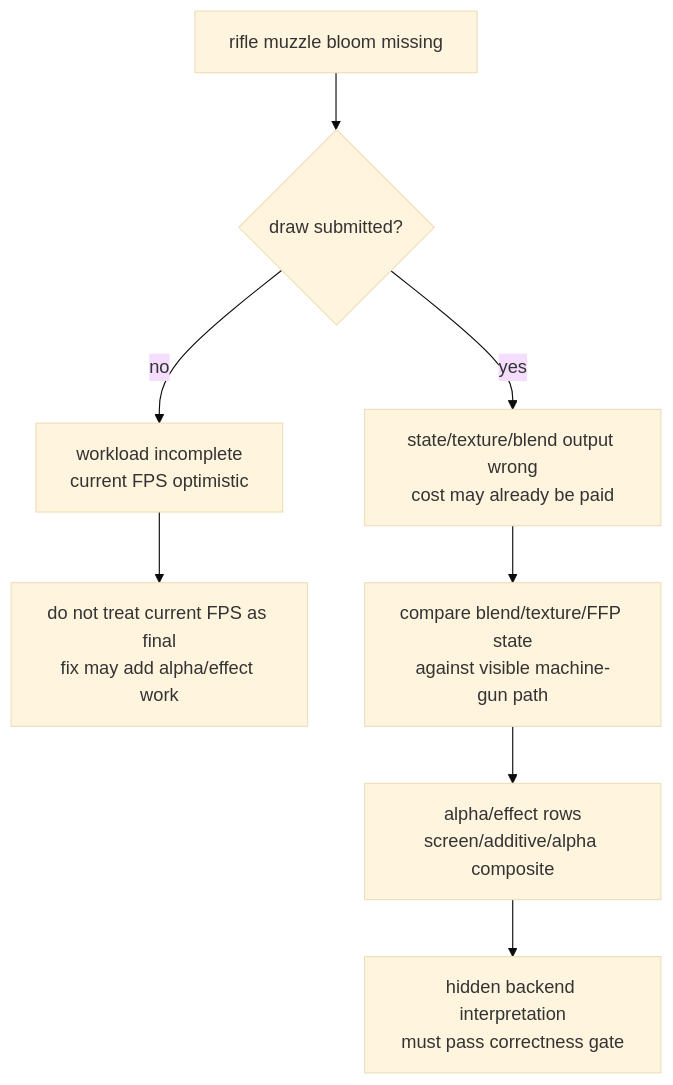
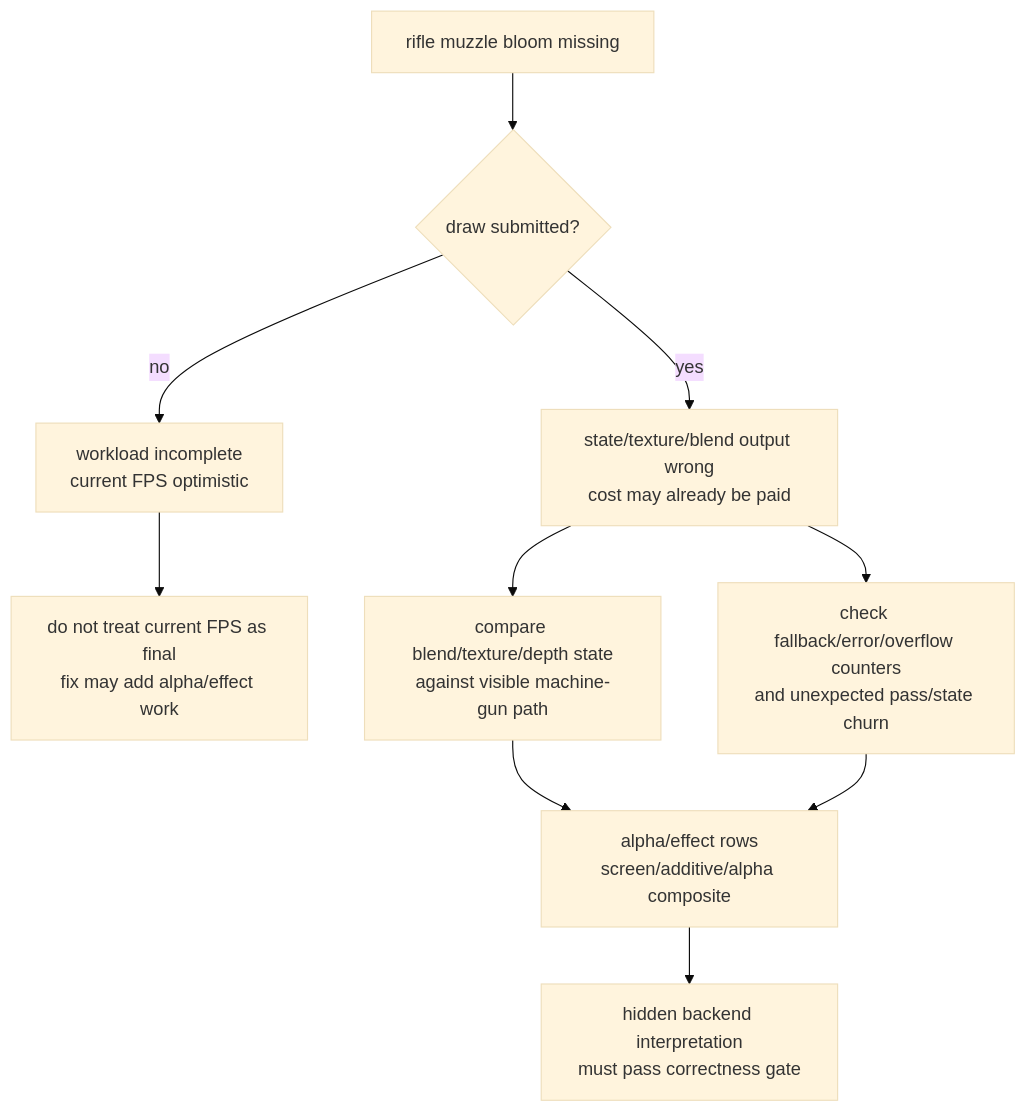
The first of 5 diagrams in docs/perfomance/backend-shape-classifiers/backend-shape-classifiers-alpha.04.md (dfdgsdfg/dxmt9), drawn with Mermaid (base theme) before and after one commit. The commit also changed other lines of this file and 60 other files, not shown here.

````diff
--- a/docs/perfomance/backend-shape-classifiers/backend-shape-classifiers-alpha.04.md
+++ b/docs/perfomance/backend-shape-classifiers/backend-shape-classifiers-alpha.04.md
@@ -46,12 +99,14 @@
 ```mermaid
 flowchart TD
   Obs["rifle muzzle bloom missing"] --> Split{"draw submitted?"}
   Split -- "no" --> Missing["workload incomplete\ncurrent FPS optimistic"]
   Split -- "yes" --> Wrong["state/texture/blend output wrong\ncost may already be paid"]
 
   Missing --> PerfRisk["do not treat current FPS as final\nfix may add alpha/effect work"]
-  Wrong --> StateRisk["compare blend/texture/FFP state\nagainst visible machine-gun path"]
+  Wrong --> StateRisk["compare blend/texture/depth state\nagainst visible machine-gun path"]
+  Wrong --> ErrorRisk["check fallback/error/overflow counters\nand unexpected pass/state churn"]
 
   StateRisk --> AlphaRows["alpha/effect rows\nscreen/additive/alpha composite"]
+  ErrorRisk --> AlphaRows
   AlphaRows --> Backend["hidden backend interpretation\nmust pass correctness gate"]
 ```
````
